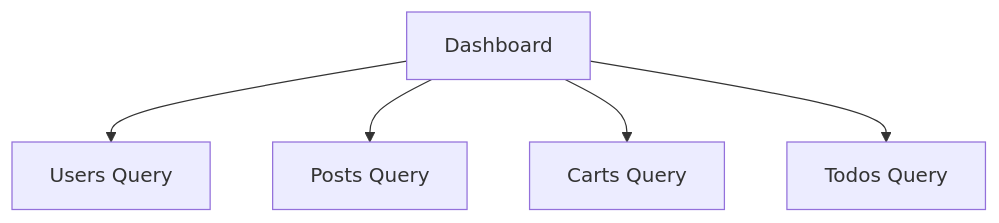
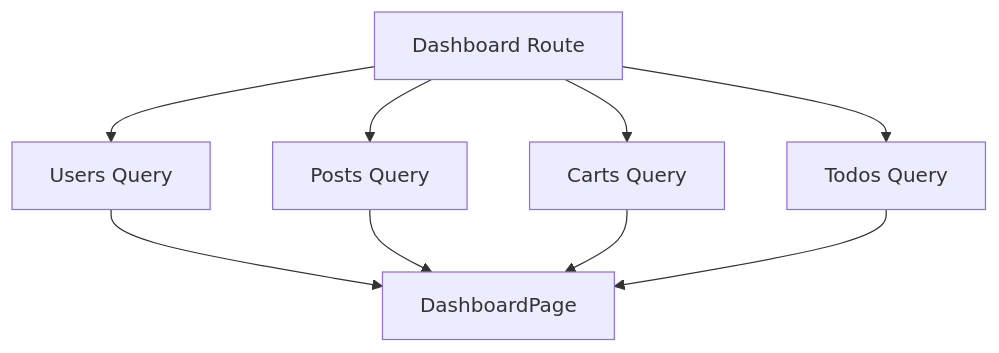
Before and after one commit to thehermitdev/dummyjson-example: the first of 2 diagrams in docs/05.dashboard.md, drawn with Mermaid. The commit also changed other lines of this file, not shown here.

Commit message:
docs: reconcile dashboard roadmap with project

````diff
--- a/docs/05.dashboard.md
+++ b/docs/05.dashboard.md
@@ -13,7 +45,11 @@
 ```mermaid
 graph TD
-    DASH[Dashboard] --> USERS[Users Query]
+    DASH[Dashboard Route] --> USERS[Users Query]
     DASH --> POSTS[Posts Query]
     DASH --> CARTS[Carts Query]
     DASH --> TODOS[Todos Query]
+    USERS --> PAGE[DashboardPage]
+    POSTS --> PAGE
+    CARTS --> PAGE
+    TODOS --> PAGE
 ```
````
